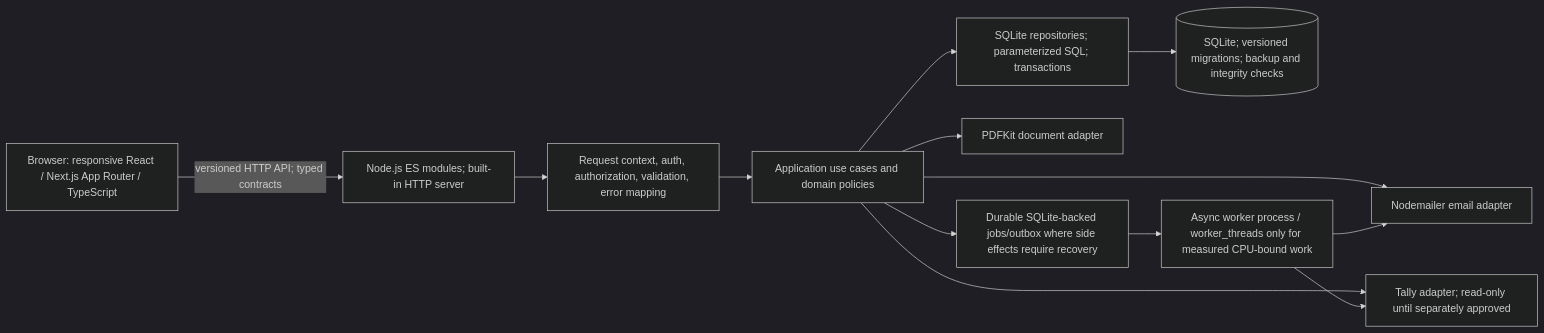
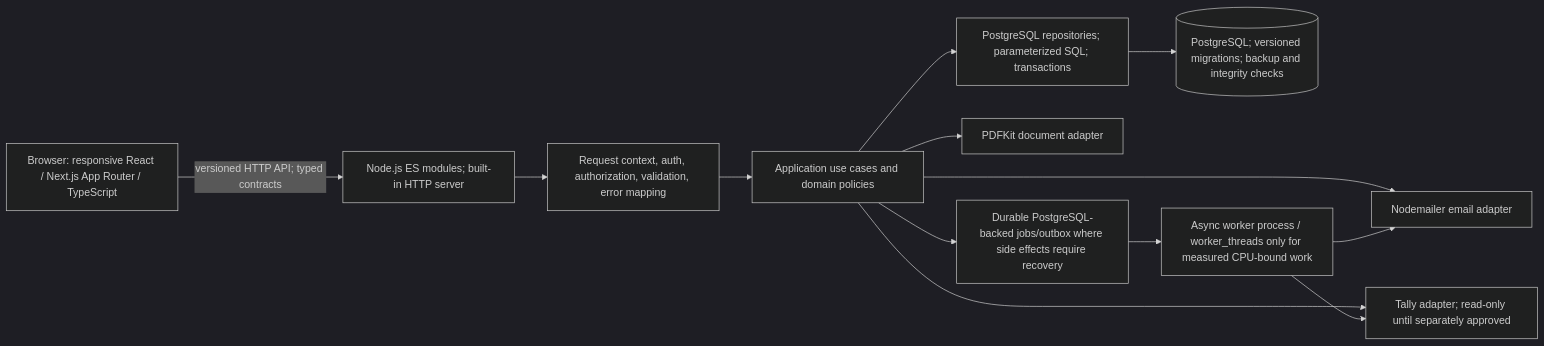
Before and after one commit to pranesh-bizgenix/Mehta-Electronics: the diagram in docs/architecture.md, drawn with Mermaid (dark theme). The commit also changed other lines of this file and 67 other files, not shown here.

Commit message:
Migrate CRM to PostgreSQL and add Tally imports and overview

````diff
--- a/docs/architecture.md
+++ b/docs/architecture.md
@@ -17,15 +17,15 @@
 ```mermaid
 flowchart LR
   U[Browser: responsive React / Next.js App Router / TypeScript] -->|versioned HTTP API; typed contracts| API[Node.js ES modules; built-in HTTP server]
   API --> MW[Request context, auth, authorization, validation, error mapping]
   MW --> APP[Application use cases and domain policies]
-  APP --> REPO[SQLite repositories; parameterized SQL; transactions]
-  REPO --> DB[(SQLite; versioned migrations; backup and integrity checks)]
+  APP --> REPO[PostgreSQL repositories; parameterized SQL; transactions]
+  REPO --> DB[(PostgreSQL; versioned migrations; backup and integrity checks)]
   APP --> PDF[PDFKit document adapter]
   APP --> MAIL[Nodemailer email adapter]
   APP --> TALLY[Tally adapter; read-only until separately approved]
-  APP --> JOBS[Durable SQLite-backed jobs/outbox where side effects require recovery]
+  APP --> JOBS[Durable PostgreSQL-backed jobs/outbox where side effects require recovery]
   JOBS --> WORKER[Async worker process / worker_threads only for measured CPU-bound work]
   WORKER --> MAIL
   WORKER --> TALLY
 ```
````
